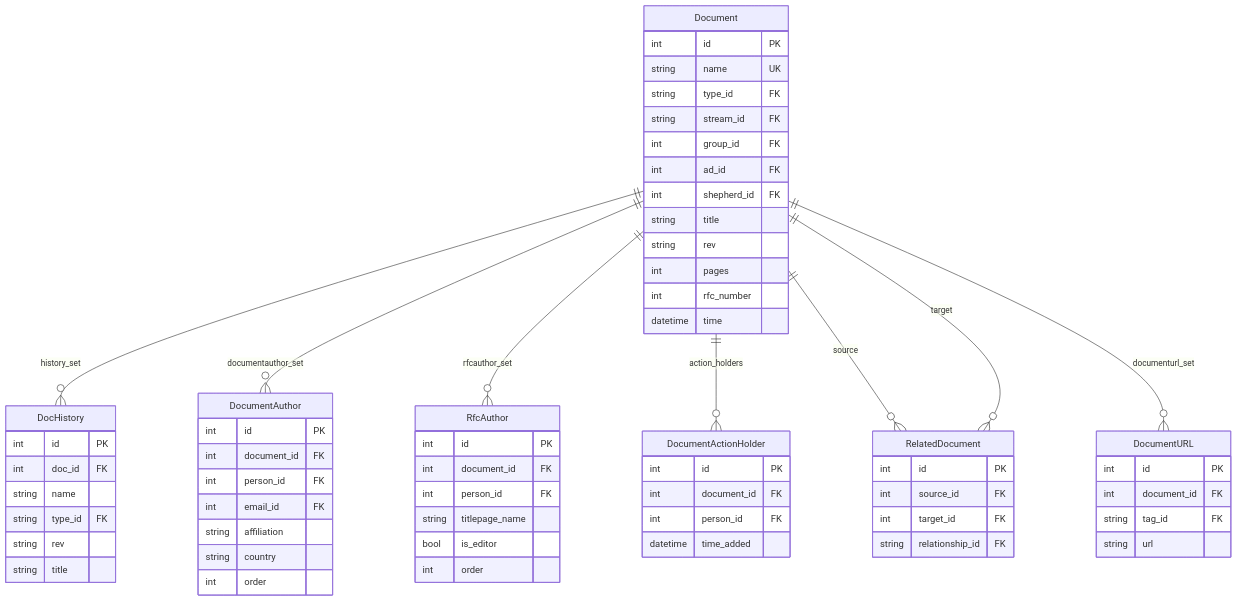
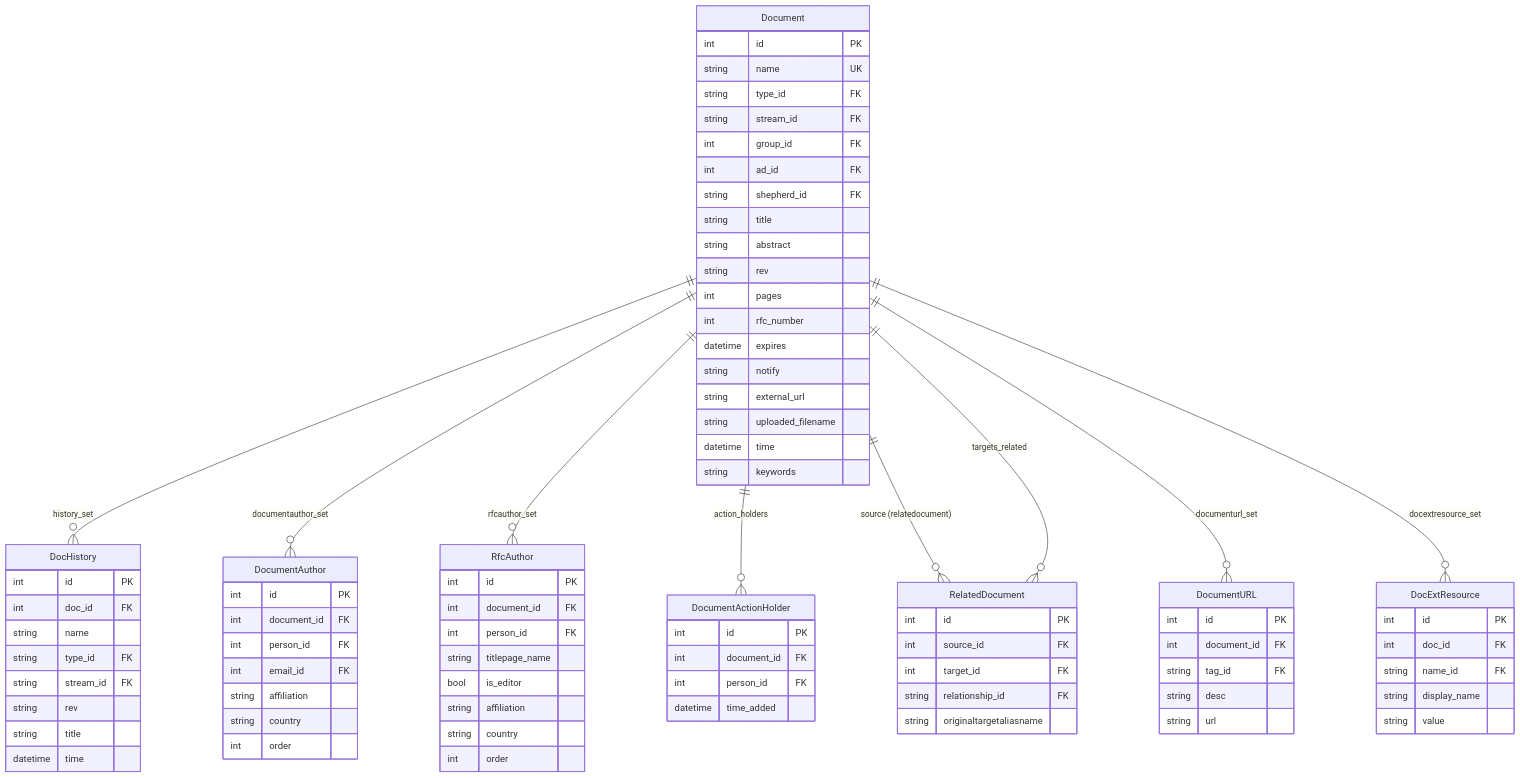
One commit to aliaspartan9/datatracker changed the first of 3 diagrams in dev/intro/document.md. Above: the diagram before and after it, drawn with Mermaid. The commit also changed other lines of this file, not shown here.

````diff
--- a/dev/intro/document.md
+++ b/dev/intro/document.md
@@ -94,20 +141,28 @@
         string stream_id FK
         int group_id FK
         int ad_id FK
-        int shepherd_id FK
+        string shepherd_id FK
         string title
+        string abstract
         string rev
         int pages
         int rfc_number
+        datetime expires
+        string notify
+        string external_url
+        string uploaded_filename
         datetime time
+        string keywords
     }
     DocHistory {
         int id PK
         int doc_id FK
         string name
         string type_id FK
+        string stream_id FK
         string rev
         string title
+        datetime time
     }
     DocumentAuthor {
         int id PK
@@ -124,6 +179,8 @@
         int person_id FK
         string titlepage_name
         bool is_editor
+        string affiliation
+        string country
         int order
     }
     DocumentActionHolder {
@@ -137,19 +194,29 @@
         int source_id FK
         int target_id FK
         string relationship_id FK
+        string originaltargetaliasname
     }
     DocumentURL {
         int id PK
         int document_id FK
         string tag_id FK
+        string desc
         string url
+    }
+    DocExtResource {
+        int id PK
+        int doc_id FK
+        string name_id FK
+        string display_name
+        string value
     }
 
     Document ||--o{ DocHistory : "history_set"
     Document ||--o{ DocumentAuthor : "documentauthor_set"
     Document ||--o{ RfcAuthor : "rfcauthor_set"
     Document ||--o{ DocumentActionHolder : "action_holders"
-    Document ||--o{ RelatedDocument : "source"
-    Document ||--o{ RelatedDocument : "target"
+    Document ||--o{ RelatedDocument : "source (relatedocument)"
+    Document ||--o{ RelatedDocument : "targets_related"
     Document ||--o{ DocumentURL : "documenturl_set"
+    Document ||--o{ DocExtResource : "docextresource_set"
 ```
````
